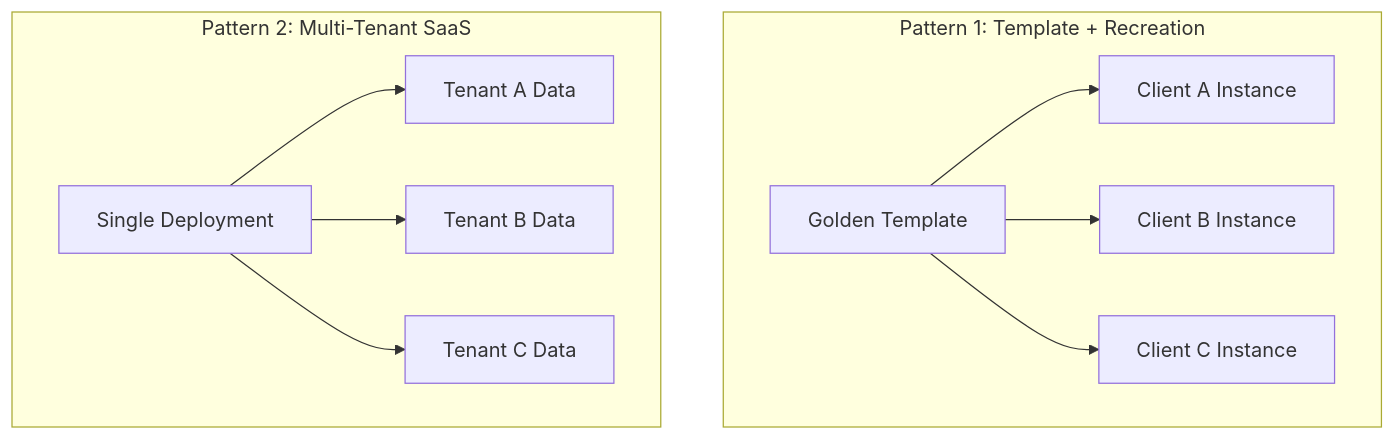
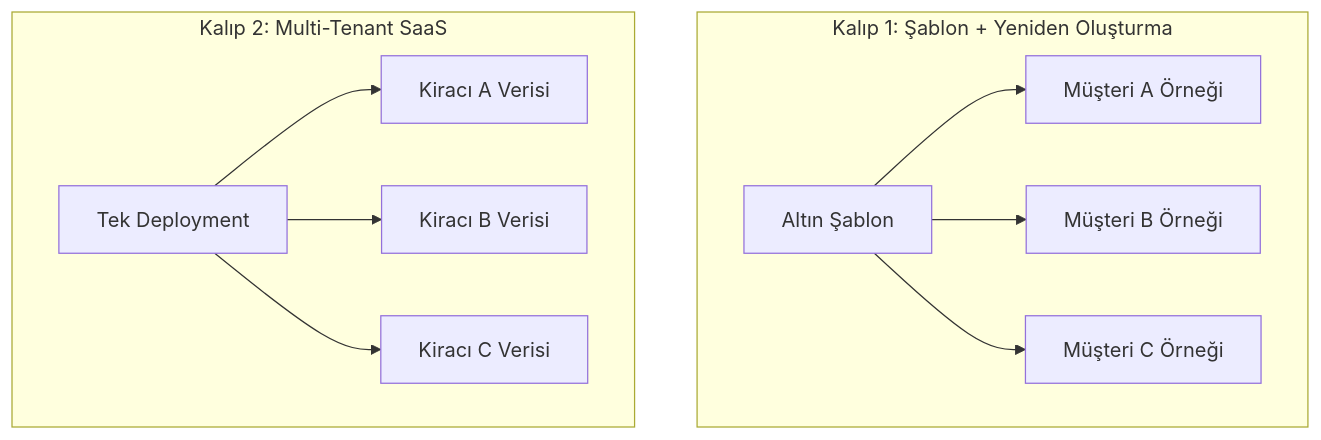
One commit to beyhanmeyrali/sap-all changed the first of 8 diagrams in Technical Tutorials/BTP/TR/chapters/13-cross-customer-deployments.md. Above: the diagram before and after it, drawn with Mermaid. The commit also changed other lines of this file and 11 other files, not shown here.

````diff
--- a/Technical Tutorials/BTP/TR/chapters/13-cross-customer-deployments.md
+++ b/Technical Tutorials/BTP/TR/chapters/13-cross-customer-deployments.md
@@ -13,16 +13,16 @@
 ```mermaid
 graph TD
-    subgraph "Pattern 1: Template + Recreation"
-        T1[Golden Template]
-        T1 --> C1[Client A Instance]
-        T1 --> C2[Client B Instance]
-        T1 --> C3[Client C Instance]
+    subgraph "Kalıp 1: Şablon + Yeniden Oluşturma"
+        T1[Altın Şablon]
+        T1 --> C1[Müşteri A Örneği]
+        T1 --> C2[Müşteri B Örneği]
+        T1 --> C3[Müşteri C Örneği]
     end
 
-    subgraph "Pattern 2: Multi-Tenant SaaS"
-        MT[Single Deployment]
-        MT --> T1A[Tenant A Data]
-        MT --> T1B[Tenant B Data]
-        MT --> T1C[Tenant C Data]
+    subgraph "Kalıp 2: Multi-Tenant SaaS"
+        MT[Tek Deployment]
+        MT --> T1A[Kiracı A Verisi]
+        MT --> T1B[Kiracı B Verisi]
+        MT --> T1C[Kiracı C Verisi]
     end
 ```
````
